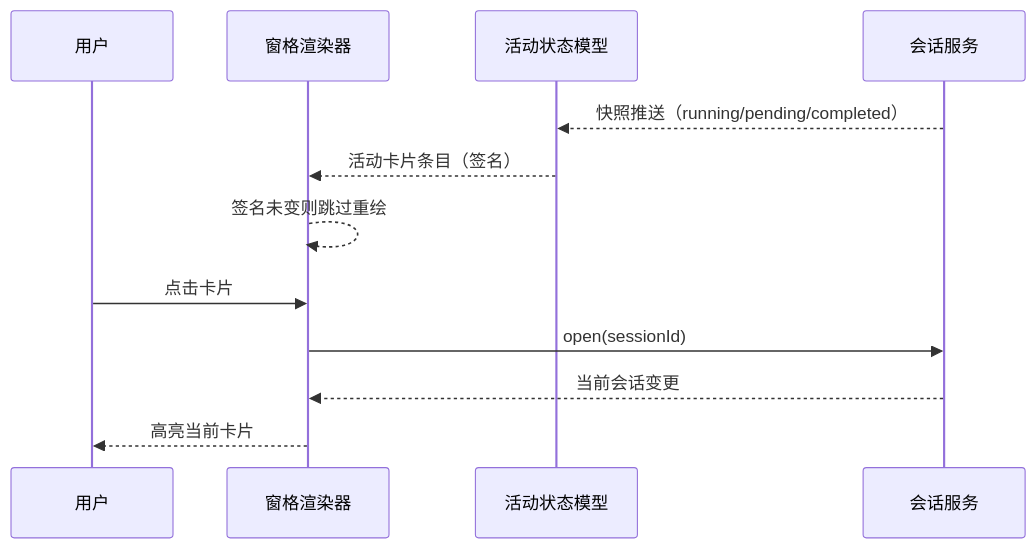
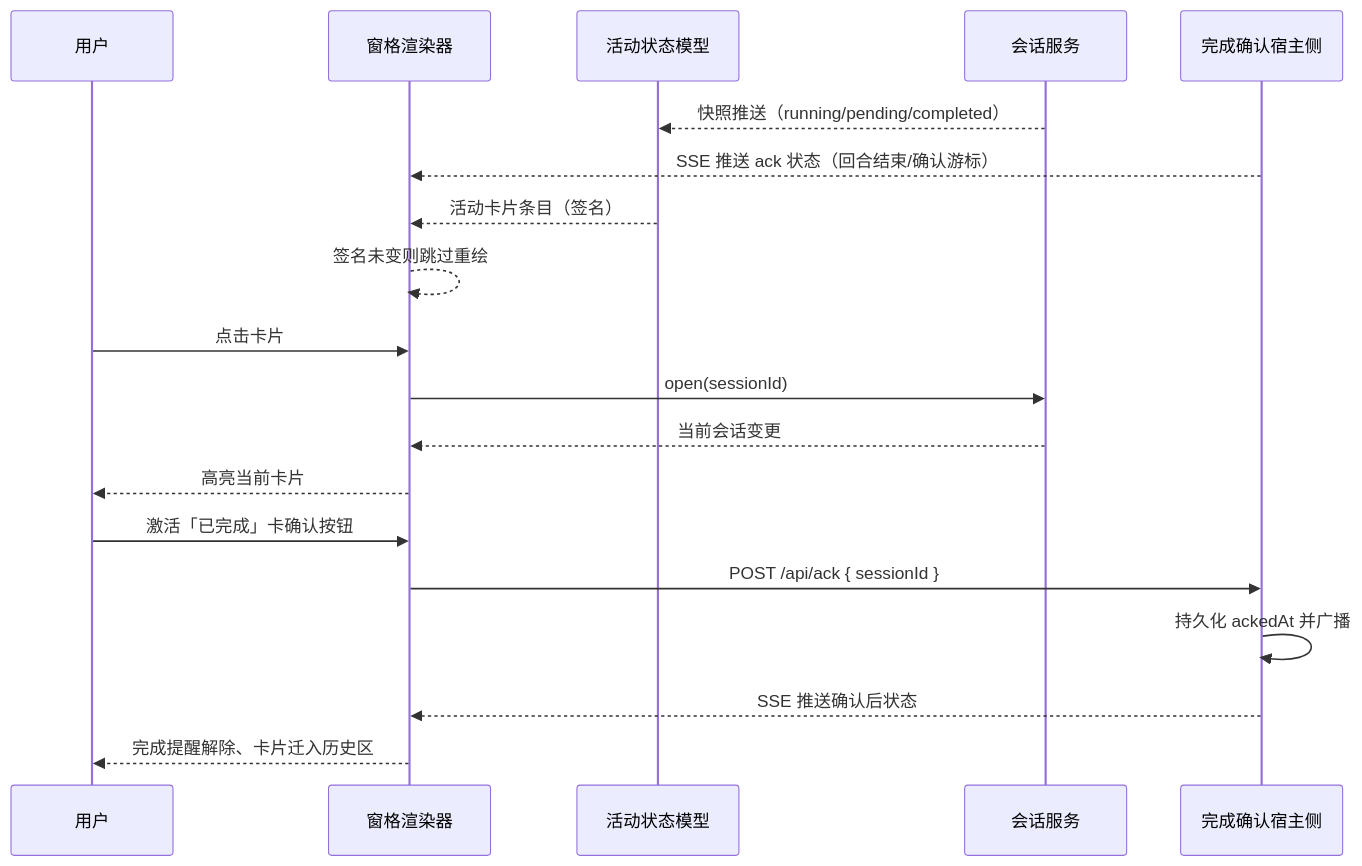
One commit to ccll/dsh-activity-pane changed the third of 6 diagrams in DESIGN.md. Above: the diagram before and after it, drawn with Mermaid. The commit also changed other lines of this file and 15 other files, not shown here.

````diff
--- a/DESIGN.md
+++ b/DESIGN.md
@@ -76,14 +79,21 @@
 ```mermaid
 sequenceDiagram
     participant U as 用户
     participant R as 窗格渲染器
     participant C as 活动状态模型
     participant S as 会话服务
+    participant H as 完成确认宿主侧
     S-->>C: 快照推送（running/pending/completed）
+    H-->>R: SSE 推送 ack 状态（回合结束/确认游标）
     C-->>R: 活动卡片条目（签名）
     R-->>R: 签名未变则跳过重绘
     U->>R: 点击卡片
     R->>S: open(sessionId)
     S-->>R: 当前会话变更
     R-->>U: 高亮当前卡片
+    U->>R: 激活「已完成」卡确认按钮
+    R->>H: POST /api/ack { sessionId }
+    H->>H: 持久化 ackedAt 并广播
+    H-->>R: SSE 推送确认后状态
+    R-->>U: 完成提醒解除、卡片迁入历史区
 ```
````
